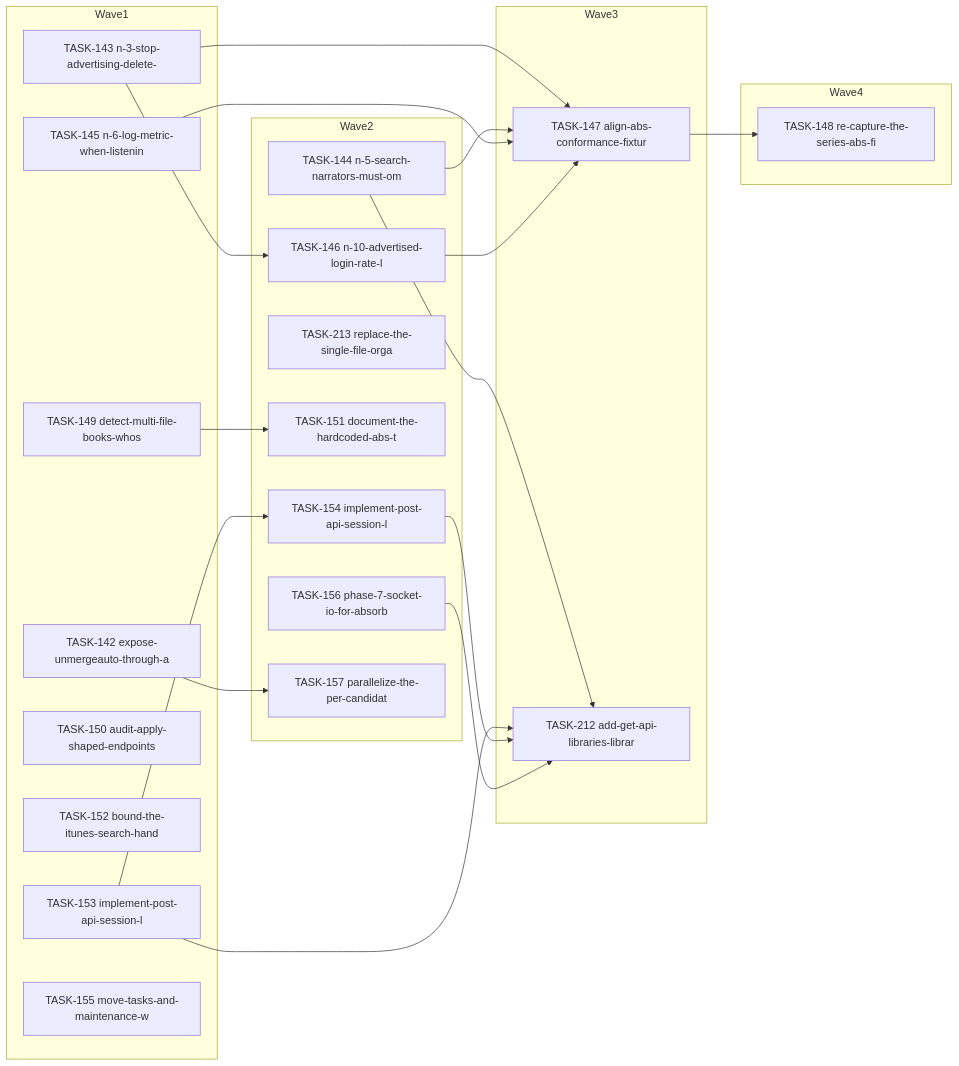
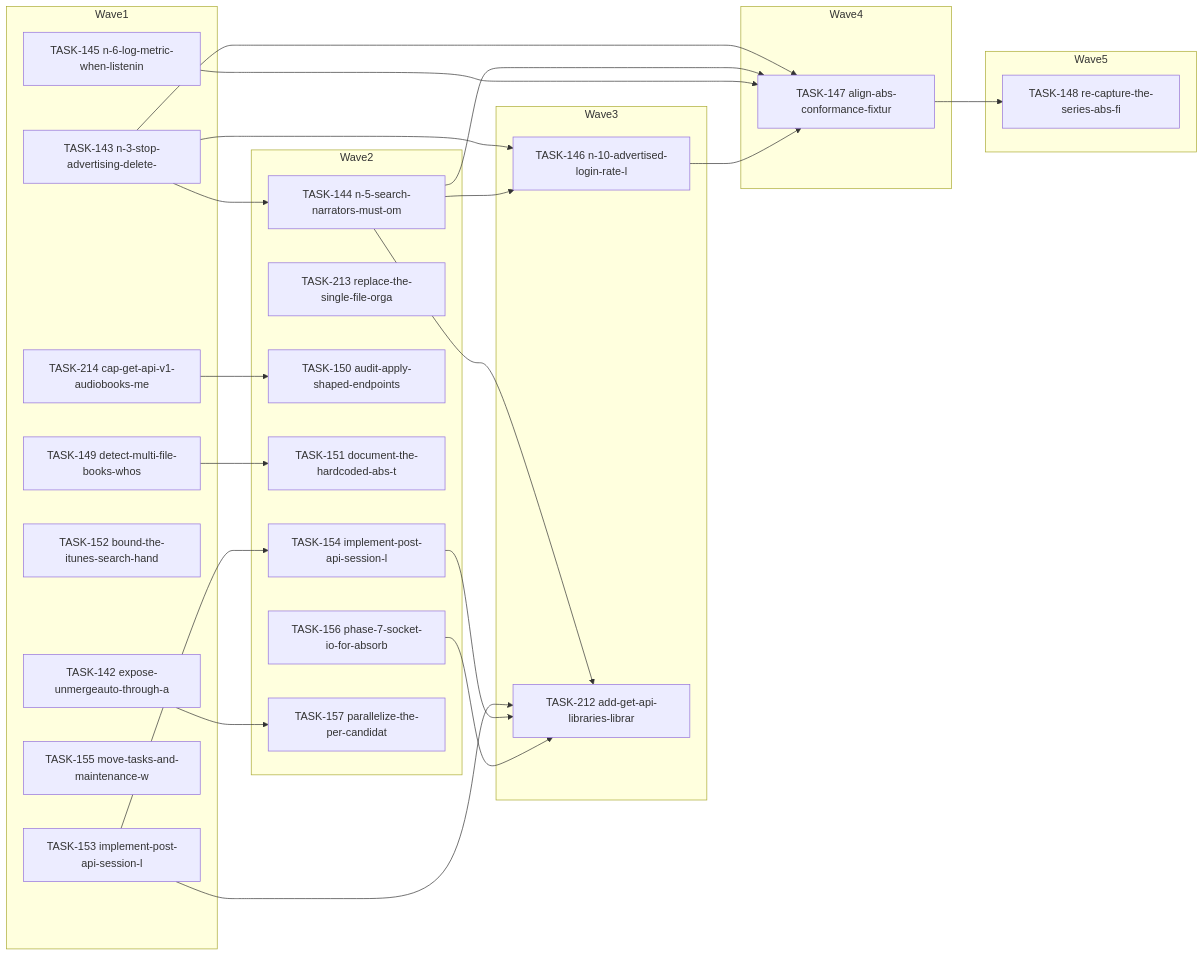
Before and after one commit to falkcorp/audiobook-organizer: the diagram in docs/agent-tasks/todo-completion/server-handlers/orchestration.md, drawn with Mermaid. The commit also changed other lines of this file and 325 other files, not shown here.

````diff
--- a/docs/agent-tasks/todo-completion/server-handlers/orchestration.md
+++ b/docs/agent-tasks/todo-completion/server-handlers/orchestration.md
@@ -12,42 +12,48 @@
 ```mermaid
 flowchart LR
     subgraph Wave1
       TASK142[TASK-142 expose-unmergeauto-through-a]
       TASK143[TASK-143 n-3-stop-advertising-delete-]
       TASK145[TASK-145 n-6-log-metric-when-listenin]
       TASK149[TASK-149 detect-multi-file-books-whos]
-      TASK150[TASK-150 audit-apply-shaped-endpoints]
       TASK152[TASK-152 bound-the-itunes-search-hand]
       TASK153[TASK-153 implement-post-api-session-l]
       TASK155[TASK-155 move-tasks-and-maintenance-w]
+      TASK214[TASK-214 cap-get-api-v1-audiobooks-me]
     end
     subgraph Wave2
       TASK144[TASK-144 n-5-search-narrators-must-om]
-      TASK146[TASK-146 n-10-advertised-login-rate-l]
       TASK213[TASK-213 replace-the-single-file-orga]
+      TASK150[TASK-150 audit-apply-shaped-endpoints]
       TASK151[TASK-151 document-the-hardcoded-abs-t]
       TASK154[TASK-154 implement-post-api-session-l]
       TASK156[TASK-156 phase-7-socket-io-for-absorb]
       TASK157[TASK-157 parallelize-the-per-candidat]
     end
     subgraph Wave3
-      TASK147[TASK-147 align-abs-conformance-fixtur]
+      TASK146[TASK-146 n-10-advertised-login-rate-l]
       TASK212[TASK-212 add-get-api-libraries-librar]
     end
     subgraph Wave4
+      TASK147[TASK-147 align-abs-conformance-fixtur]
+    end
+    subgraph Wave5
       TASK148[TASK-148 re-capture-the-series-abs-fi]
     end
     TASK142 --> TASK157
+    TASK143 --> TASK144
     TASK143 --> TASK146
     TASK143 --> TASK147
+    TASK144 --> TASK146
     TASK144 --> TASK147
     TASK144 --> TASK212
     TASK145 --> TASK147
     TASK146 --> TASK147
     TASK147 --> TASK148
     TASK149 --> TASK151
     TASK153 --> TASK154
     TASK153 --> TASK212
     TASK154 --> TASK212
     TASK156 --> TASK212
+    TASK214 --> TASK150
 ```
````
